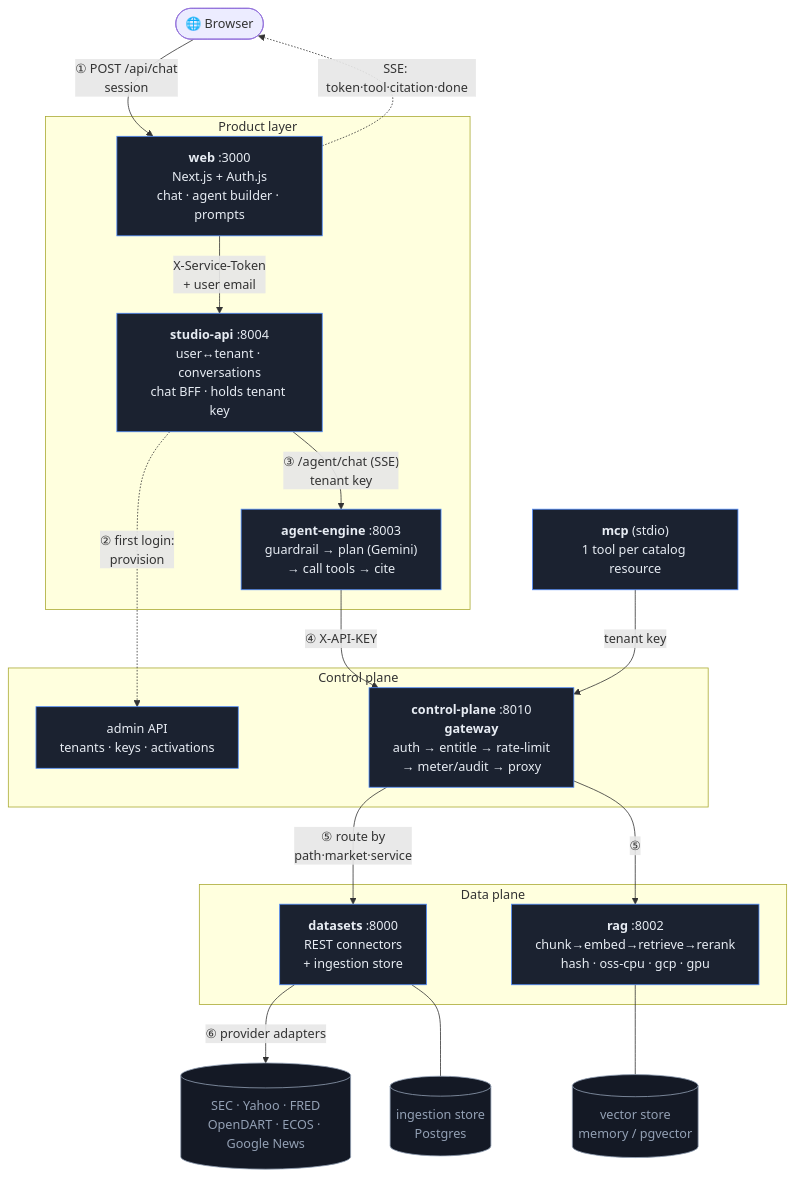
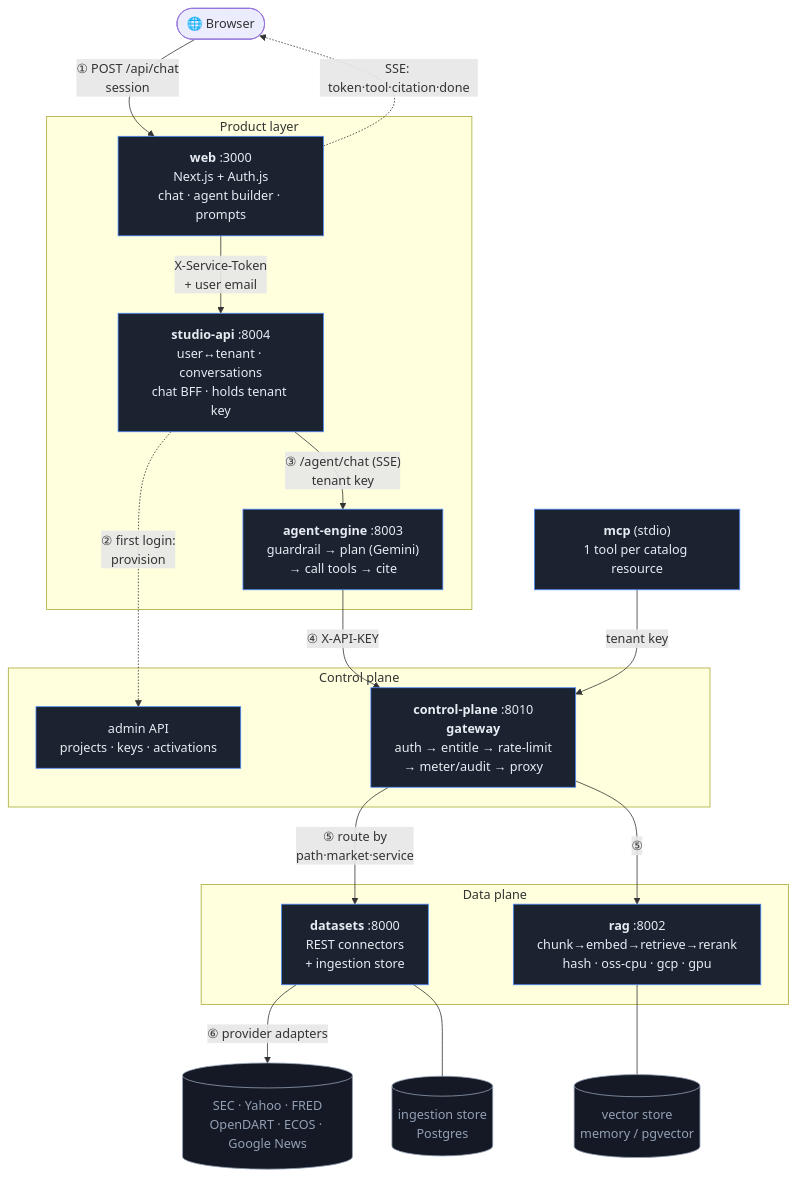
Before and after one commit to JinJis/amber: the diagram in docs/ARCHITECTURE.md, drawn with Mermaid. The commit also changed other lines of this file and 31 other files, not shown here.

````diff
--- a/docs/ARCHITECTURE.md
+++ b/docs/ARCHITECTURE.md
@@ -34,44 +34,44 @@
 ```mermaid
 flowchart TD
     browser(["🌐 Browser"])
 
     subgraph product["Product layer"]
         web["<b>web</b> :3000<br/>Next.js + Auth.js<br/>chat · agent builder · prompts"]
         studio["<b>studio-api</b> :8004<br/>user↔tenant · conversations<br/>chat BFF · holds tenant key"]
         agent["<b>agent-engine</b> :8003<br/>guardrail → plan (Gemini)<br/>→ call tools → cite"]
     end
 
     subgraph control["Control plane"]
         gw["<b>control-plane</b> :8010<br/><b>gateway</b><br/>auth → entitle → rate-limit<br/>→ meter/audit → proxy"]
-        admin["admin API<br/>tenants · keys · activations"]
+        admin["admin API<br/>projects · keys · activations"]
     end
 
     subgraph dataplane["Data plane"]
         datasets["<b>datasets</b> :8000<br/>REST connectors<br/>+ ingestion store"]
         rag["<b>rag</b> :8002<br/>chunk→embed→retrieve→rerank<br/>hash · oss-cpu · gcp · gpu"]
     end
 
     mcp["<b>mcp</b> (stdio)<br/>1 tool per catalog resource"]
     upstreams[("SEC · Yahoo · FRED<br/>OpenDART · ECOS · Google News")]
     store[("ingestion store<br/>Postgres")]
     vec[("vector store<br/>memory / pgvector")]
 
     browser -->|"① POST /api/chat<br/>session"| web
     web -->|"X-Service-Token<br/>+ user email"| studio
     studio -.->|"② first login:<br/>provision"| admin
     studio -->|"③ /agent/chat (SSE)<br/>tenant key"| agent
     agent -->|"④ X-API-KEY"| gw
     mcp -->|"tenant key"| gw
     gw -->|"⑤ route by<br/>path·market·service"| datasets
     gw -->|"⑤"| rag
     datasets -->|"⑥ provider adapters"| upstreams
     datasets --- store
     rag --- vec
 
     web -. "SSE: token·tool·citation·done" .-> browser
 
     classDef svc fill:#1b2230,stroke:#4f8cff,color:#e7ecf3;
     classDef ext fill:#141925,stroke:#93a0b4,color:#93a0b4;
     class web,studio,agent,gw,admin,datasets,rag,mcp svc;
     class upstreams,store,vec ext;
 ```
````
